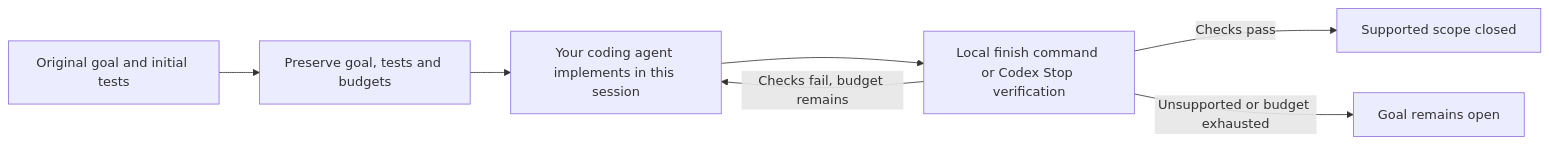
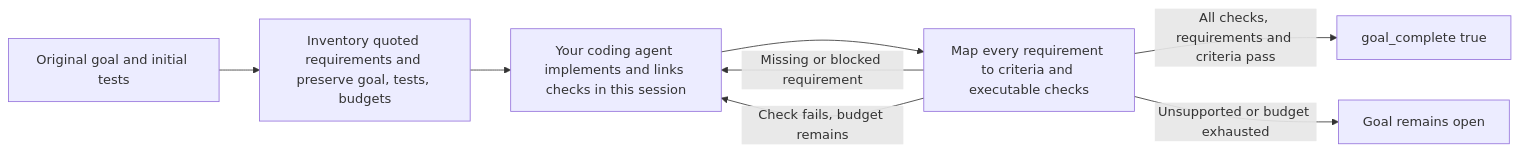
Before and after one commit to InfinitySpeed/goalpilot: the diagram in README.md, drawn with Mermaid. The commit also changed other lines of this file and 37 other files, not shown here.

Commit message:
Track complete goal requirements through verification

````diff
--- a/README.md
+++ b/README.md
@@ -79,9 +79,10 @@
 ```mermaid
 flowchart LR
-    A[Original goal and initial tests] --> B[Preserve goal, tests and budgets]
-    B --> C[Your coding agent implements in this session]
-    C --> D[Local finish command or Codex Stop verification]
-    D -->|Checks pass| E[Supported scope closed]
-    D -->|Checks fail, budget remains| C
+    A[Original goal and initial tests] --> B[Inventory quoted requirements and preserve goal, tests, budgets]
+    B --> C[Your coding agent implements and links checks in this session]
+    C --> D[Map every requirement to criteria and executable checks]
+    D -->|All checks, requirements and criteria pass| E[goal_complete true]
+    D -->|Missing or blocked requirement| C
+    D -->|Check fails, budget remains| C
     D -->|Unsupported or budget exhausted| F[Goal remains open]
 ```
````
